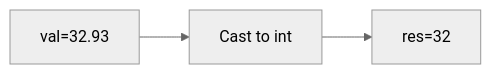
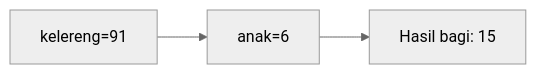
Before and after one commit to amnahwaida/OSNK_INF_PREP: diagram 13 of 25 in part-c-pemahaman-cpp/01-tipe-data/latihan/set-05.md, drawn with Mermaid (neutral theme). The commit also changed other lines of this file and 71 other files, not shown here.

````diff
--- a/part-c-pemahaman-cpp/01-tipe-data/latihan/set-05.md
+++ b/part-c-pemahaman-cpp/01-tipe-data/latihan/set-05.md
@@ -320,5 +367,5 @@
 ```mermaid
 graph LR
-A["val=32.93"] --> B["Cast to int"]
-B --> C["res=32"]
+A["kelereng=91"] --> B["anak=6"]
+B --> C["Hasil bagi: 15"]
 ```
````
